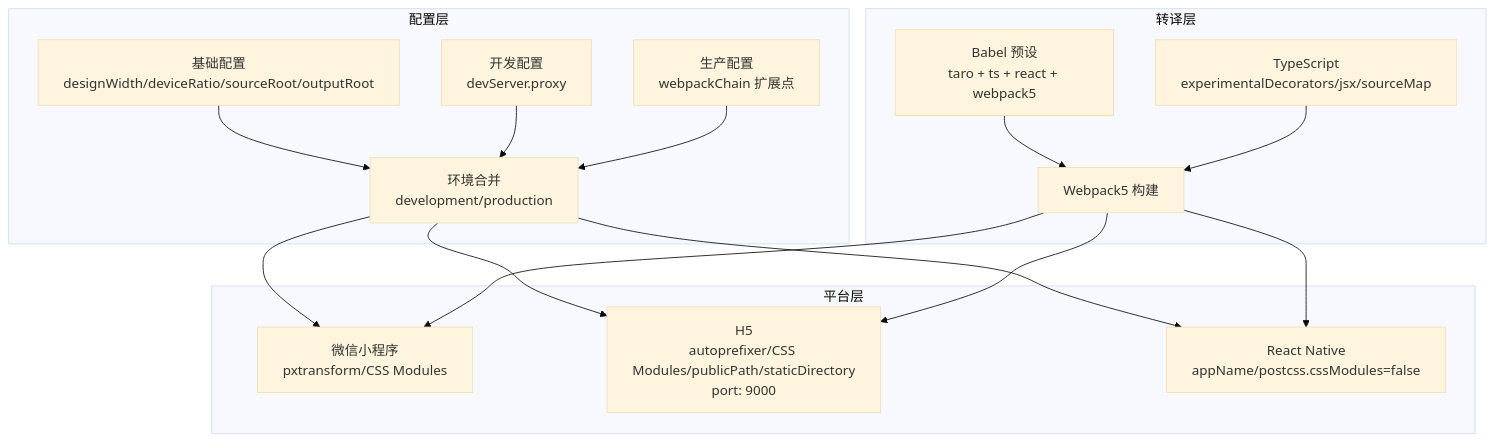
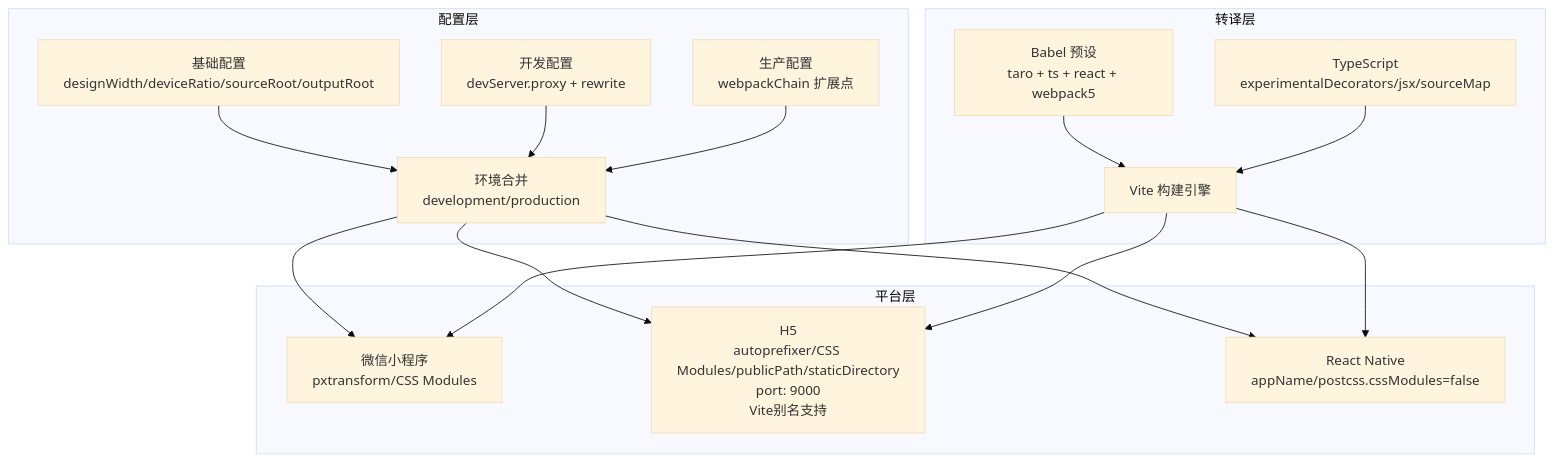
Before and after one commit to zuolinbao/redbook: the second of 11 diagrams in .qoder/repowiki/zh/content/架构设计/构建配置系统.md, drawn with Mermaid (base theme). The commit also changed other lines of this file and 23 other files, not shown here.

````diff
--- a/.qoder/repowiki/zh/content/架构设计/构建配置系统.md
+++ b/.qoder/repowiki/zh/content/架构设计/构建配置系统.md
@@ -87,23 +93,23 @@
 ```mermaid
 graph TB
 subgraph "配置层"
 Base["基础配置<br/>designWidth/deviceRatio/sourceRoot/outputRoot"] --> Merge["环境合并<br/>development/production"]
-Dev["开发配置<br/>devServer.proxy"] --> Merge
+Dev["开发配置<br/>devServer.proxy + rewrite"] --> Merge
 Prod["生产配置<br/>webpackChain 扩展点"] --> Merge
 end
 subgraph "转译层"
-Babel["Babel 预设<br/>taro + ts + react + webpack5"] --> Build["Webpack5 构建"]
-TS["TypeScript<br/>experimentalDecorators/jsx/sourceMap"] --> Build
+Babel["Babel 预设<br/>taro + ts + react + webpack5"] --> Vite["Vite 构建引擎"]
+TS["TypeScript<br/>experimentalDecorators/jsx/sourceMap"] --> Vite
 end
 subgraph "平台层"
 Mini["微信小程序<br/>pxtransform/CSS Modules"]
-H5["H5<br/>autoprefixer/CSS Modules/publicPath/staticDirectory<br/>port: 9000"]
+H5["H5<br/>autoprefixer/CSS Modules/publicPath/staticDirectory<br/>port: 9000<br/>Vite别名支持"]
 RN["React Native<br/>appName/postcss.cssModules=false"]
 end
 Merge --> Mini
 Merge --> H5
 Merge --> RN
-Build --> Mini
-Build --> H5
-Build --> RN
+Vite --> Mini
+Vite --> H5
+Vite --> RN
 ```
````
